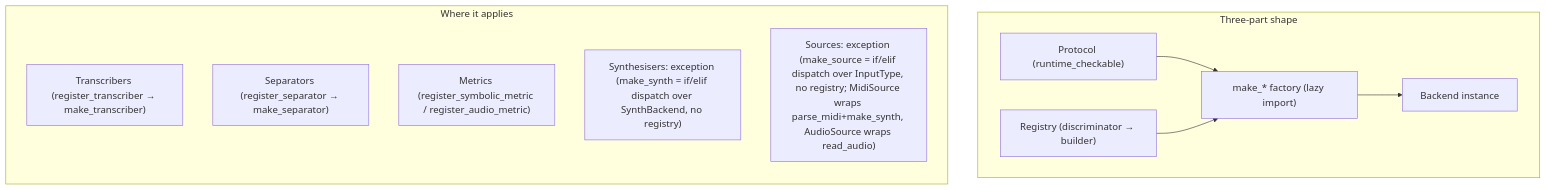
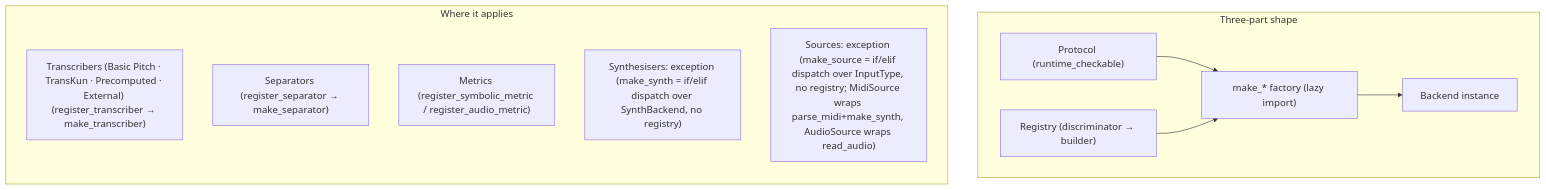
Before and after one commit to dadmaan/sonitra: the third of 10 diagrams in ARCHITECTURE.md, drawn with Mermaid. The commit also changed other lines of this file and 7 other files, not shown here.

````diff
--- a/ARCHITECTURE.md
+++ b/ARCHITECTURE.md
@@ -76,22 +78,22 @@
 ```mermaid
 flowchart TB
     subgraph idiom["Three-part shape"]
         direction LR
         proto["Protocol (runtime_checkable)"]
         reg["Registry (discriminator → builder)"]
         factory["make_* factory (lazy import)"]
         inst["Backend instance"]
         proto --> factory
         reg --> factory
         factory --> inst
     end
 
     subgraph families["Where it applies"]
         direction TB
-        t1["Transcribers (register_transcriber → make_transcriber)"]
+        t1["Transcribers (Basic Pitch · TransKun · Precomputed · External) (register_transcriber → make_transcriber)"]
         s1["Separators (register_separator → make_separator)"]
         m1["Metrics (register_symbolic_metric / register_audio_metric)"]
         x1["Synthesisers: exception (make_synth = if/elif dispatch over SynthBackend, no registry)"]
         x2["Sources: exception (make_source = if/elif dispatch over InputType, no registry; MidiSource wraps parse_midi+make_synth, AudioSource wraps read_audio)"]
     end
 ```
````
